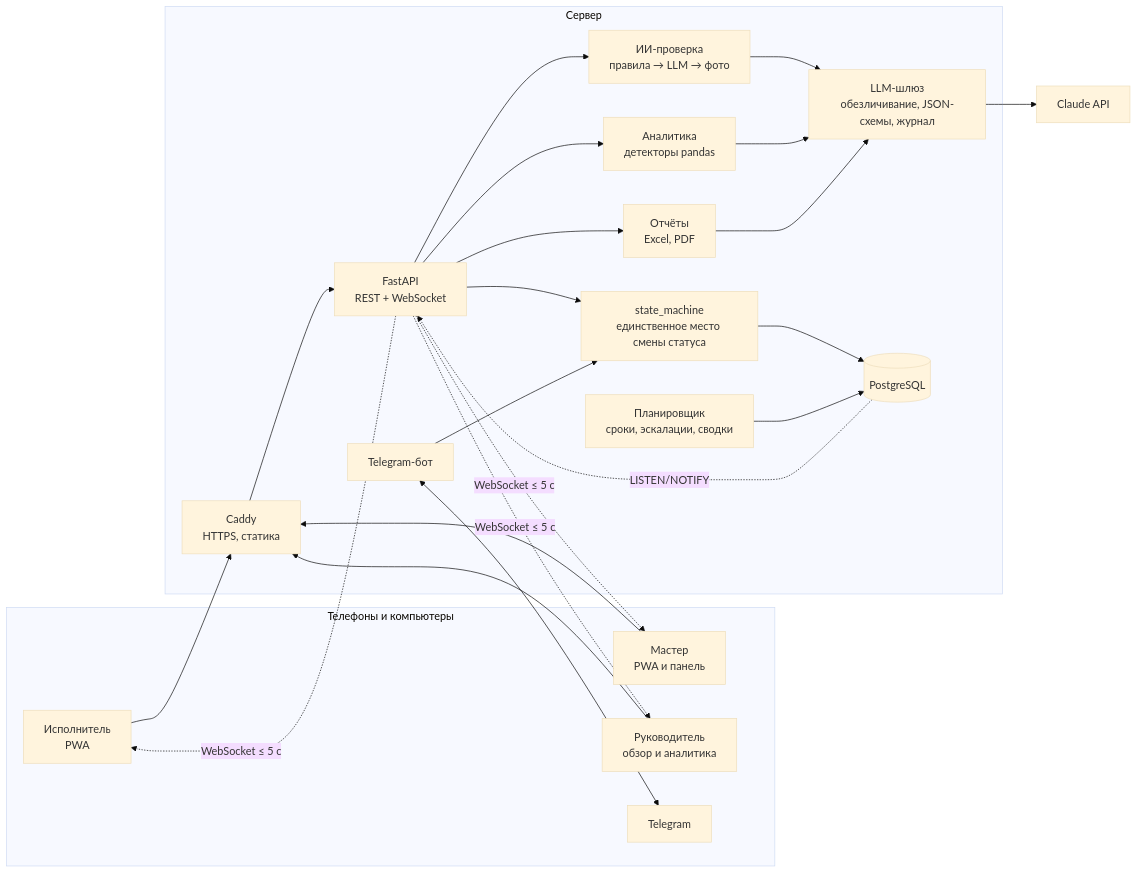
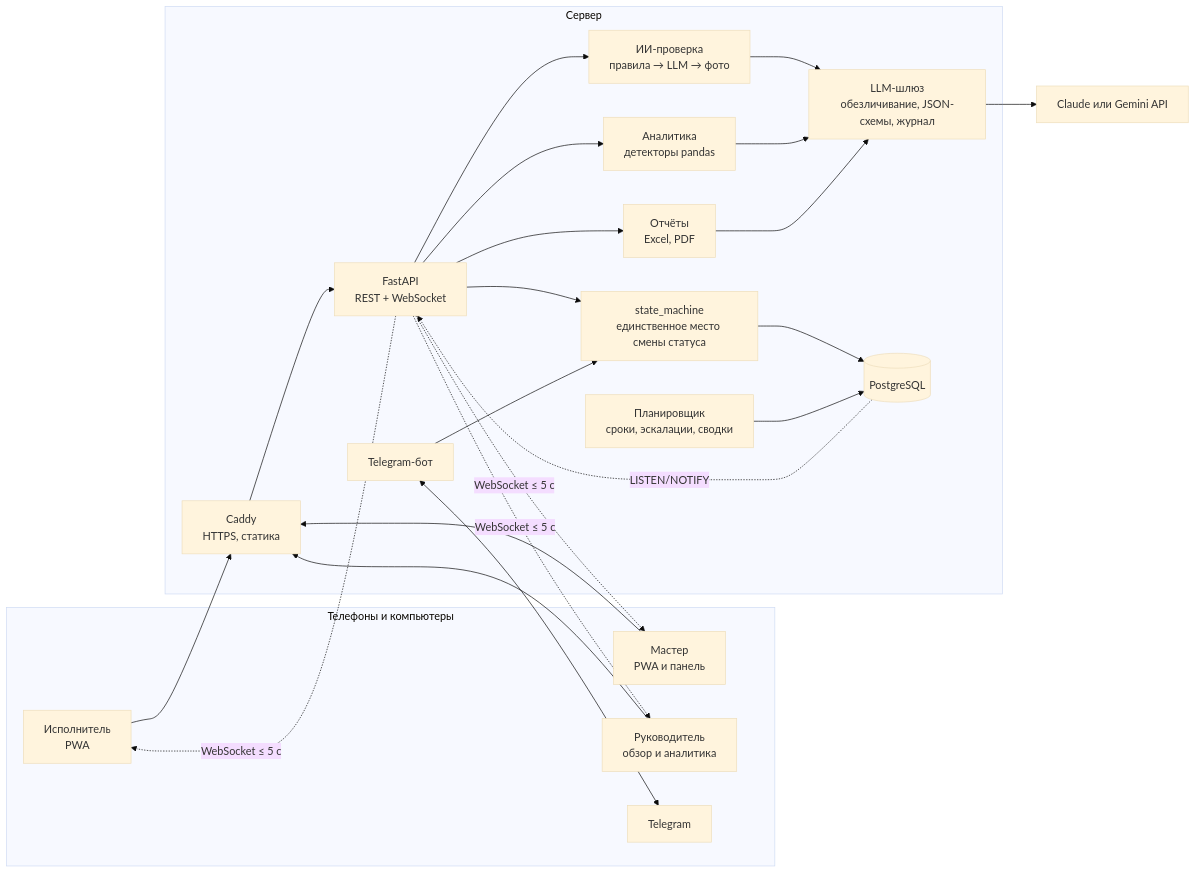
The diagram in README.md (zhenisoffical1/NARYAD_AI), drawn with Mermaid (base theme) before and after one commit. The commit also changed other lines of this file and 19 other files, not shown here.

First line of the commit message:
feat(llm): Gemini как бесплатный поставщик ИИ в том же шлюзе

````diff
--- a/README.md
+++ b/README.md
@@ -47,32 +47,32 @@
 ```mermaid
 flowchart LR
     subgraph Телефоны и компьютеры
         W[Исполнитель<br/>PWA]
         M[Мастер<br/>PWA и панель]
         B[Руководитель<br/>обзор и аналитика]
         T[Telegram]
     end
     subgraph Сервер
         C[Caddy<br/>HTTPS, статика]
         API[FastAPI<br/>REST + WebSocket]
         SM[state_machine<br/>единственное место смены статуса]
         V[ИИ-проверка<br/>правила → LLM → фото]
         AN[Аналитика<br/>детекторы pandas]
         R[Отчёты<br/>Excel, PDF]
         S[Планировщик<br/>сроки, эскалации, сводки]
         BOT[Telegram-бот]
         GW[LLM-шлюз<br/>обезличивание, JSON-схемы, журнал]
         DB[(PostgreSQL)]
     end
-    LLM[Claude API]
+    LLM[Claude или Gemini API]
 
     W & M & B --> C --> API
     API --> SM --> DB
     API --> V & AN & R
     V & AN & R --> GW --> LLM
     S --> DB
     BOT <--> T
     BOT --> SM
     DB -. LISTEN/NOTIFY .-> API
     API -. WebSocket ≤ 5 с .-> W & M & B
 ```
````
